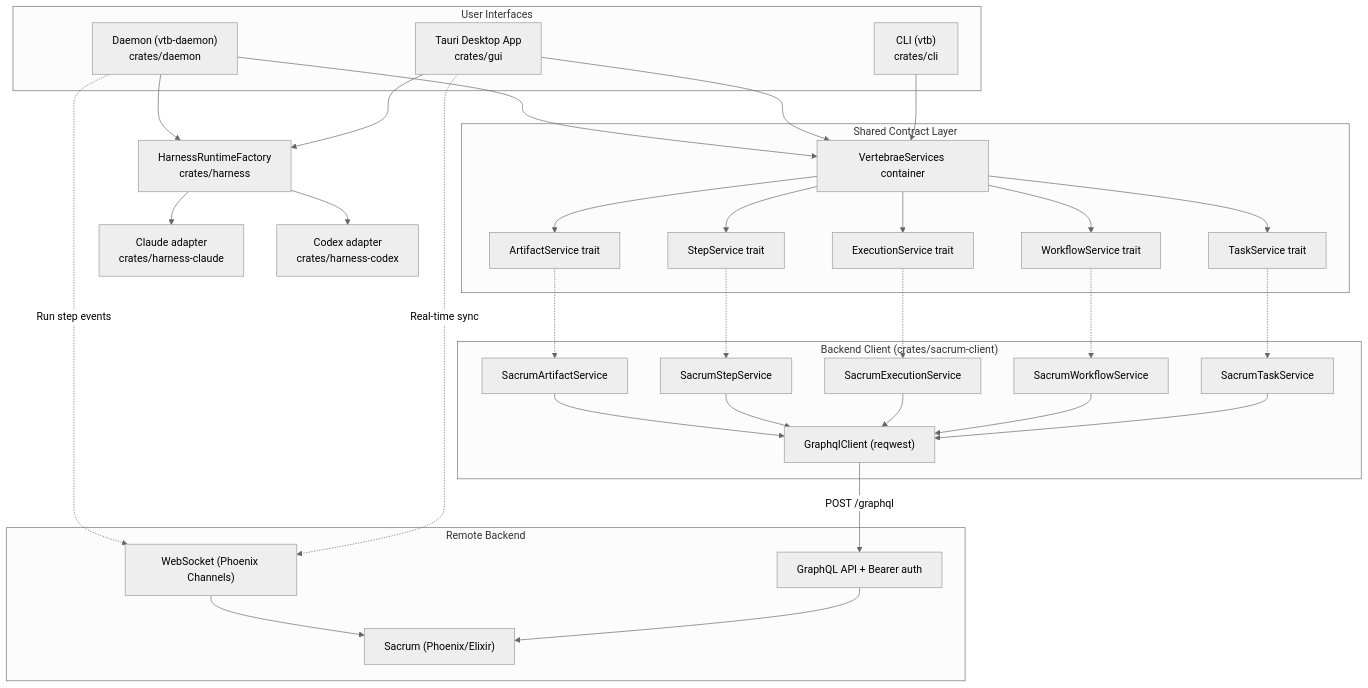
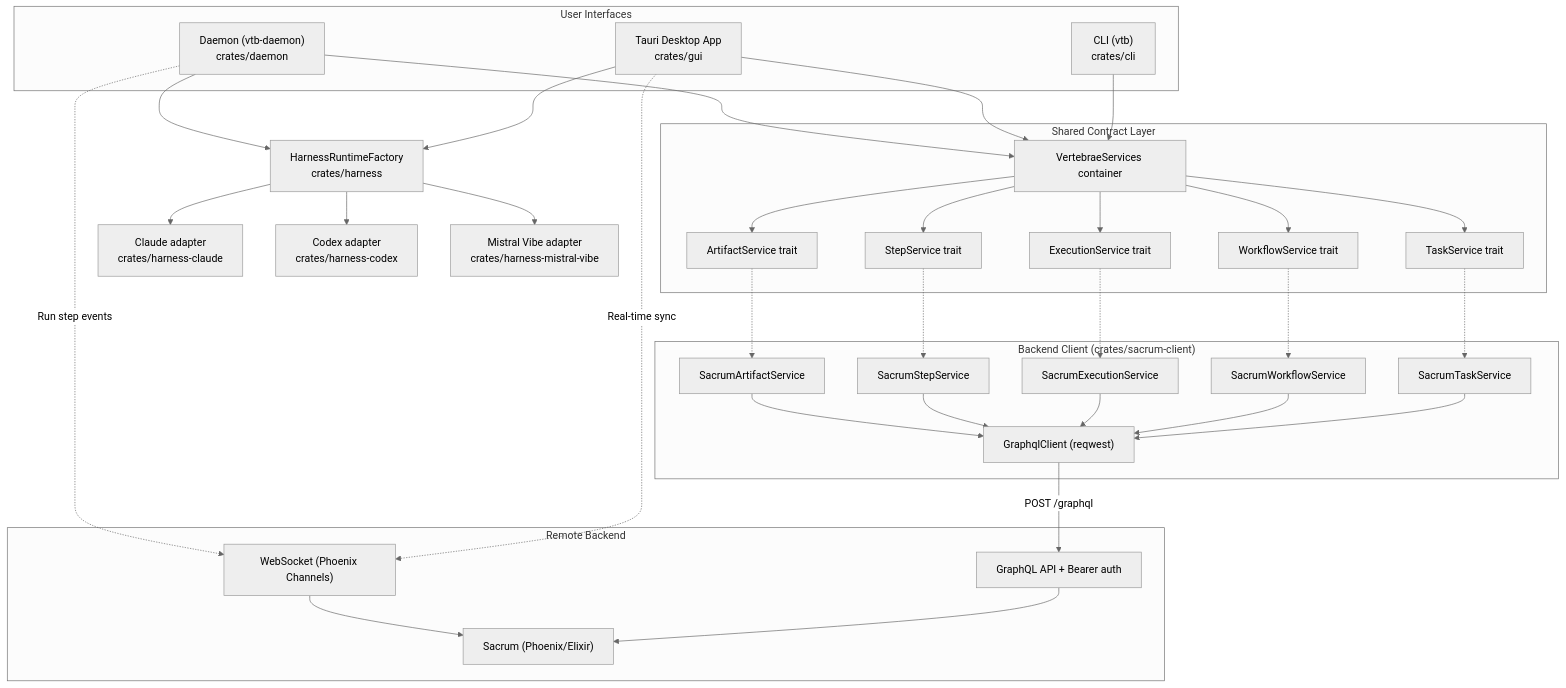
Before and after one commit to CamonZ/vertebrae: the diagram in docs/architecture.md, drawn with Mermaid (neutral theme). The commit also changed other lines of this file and 34 other files, not shown here.

Commit message:
[9b089eaa] Add production Mistral Vibe harness

````diff
--- a/docs/architecture.md
+++ b/docs/architecture.md
@@ -22,57 +23,58 @@
 ```mermaid
 flowchart TB
     subgraph "User Interfaces"
         CLI["CLI (vtb)<br/>crates/cli"]
         GUI["Tauri Desktop App<br/>crates/gui"]
         Daemon["Daemon (vtb-daemon)<br/>crates/daemon"]
     end
 
     subgraph "Shared Contract Layer"
         TS["TaskService trait"]
         WS["WorkflowService trait"]
         ES["ExecutionService trait"]
         SS["StepService trait"]
         AS["ArtifactService trait"]
         VSvc["VertebraeServices container"]
     end
 
     Factory["HarnessRuntimeFactory<br/>crates/harness"]
     Claude["Claude adapter<br/>crates/harness-claude"]
     Codex["Codex adapter<br/>crates/harness-codex"]
+    Mistral["Mistral Vibe adapter<br/>crates/harness-mistral-vibe"]
 
     subgraph "Backend Client (crates/sacrum-client)"
         SC["GraphqlClient (reqwest)"]
         STS["SacrumTaskService"]
         SWS["SacrumWorkflowService"]
         SES["SacrumExecutionService"]
         SSS["SacrumStepService"]
         SAS["SacrumArtifactService"]
     end
 
     subgraph "Remote Backend"
         Sacrum["Sacrum (Phoenix/Elixir)"]
         GQL["GraphQL API + Bearer auth"]
         WS2["WebSocket (Phoenix Channels)"]
     end
 
     CLI --> VSvc
     GUI --> VSvc
     Daemon --> VSvc
     GUI --> Factory
     Daemon --> Factory
-    Factory --> Claude & Codex
+    Factory --> Claude & Codex & Mistral
 
     VSvc --> TS & WS & ES & SS & AS
     TS -.-> STS
     WS -.-> SWS
     ES -.-> SES
     SS -.-> SSS
     AS -.-> SAS
 
     STS & SWS & SES & SSS & SAS --> SC
     SC -->|POST /graphql| GQL --> Sacrum
 
     GUI -.->|Real-time sync| WS2
     Daemon -.->|Run step events| WS2
     WS2 --> Sacrum
 ```
````
